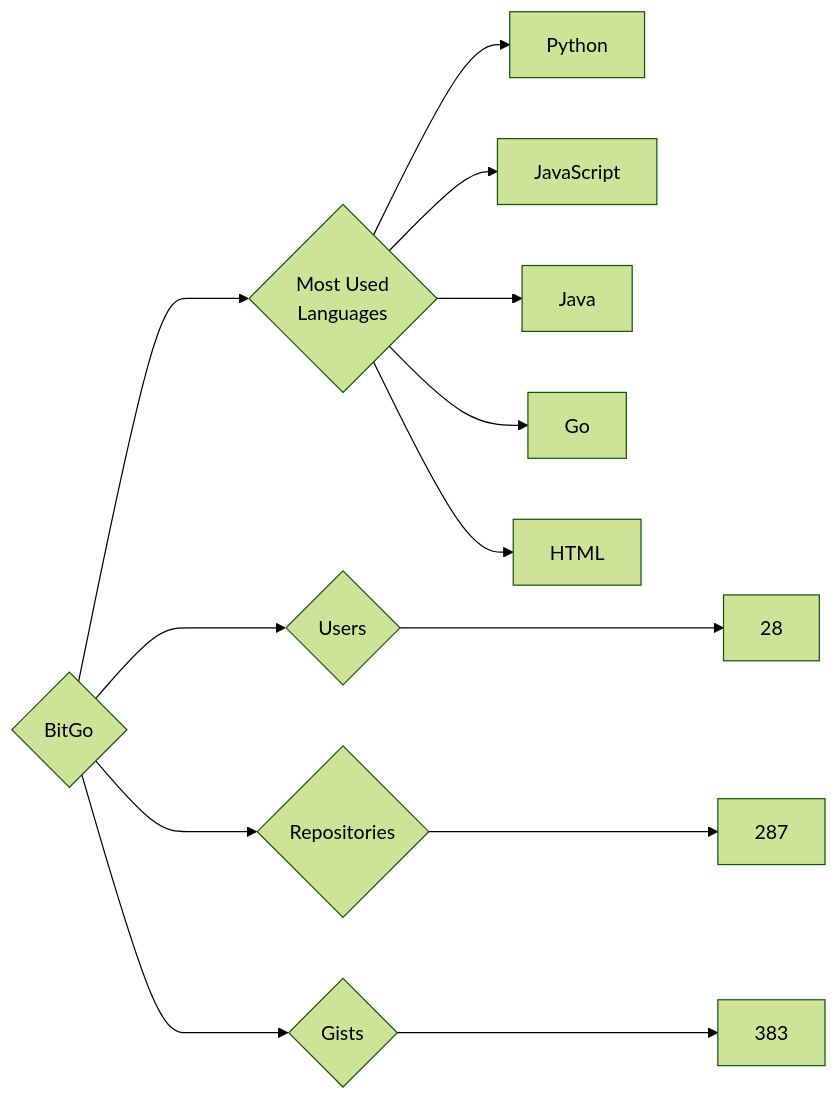
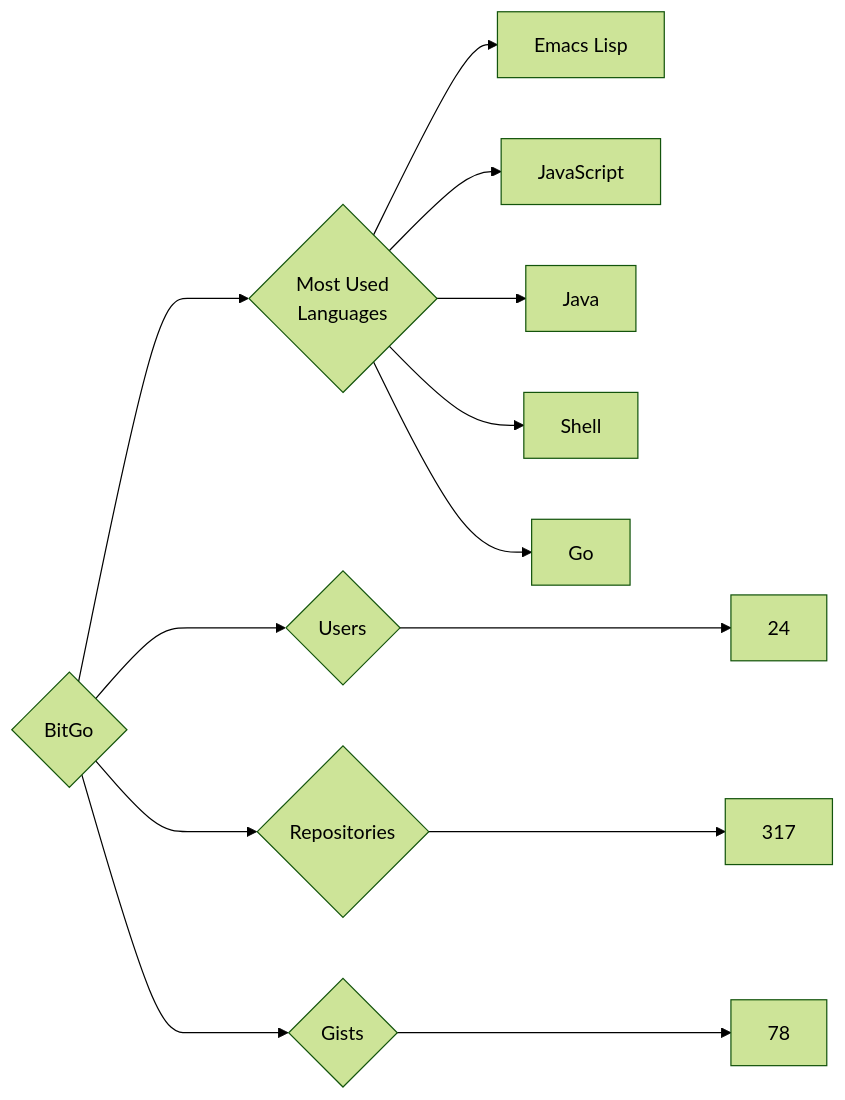
The diagram in targets/BitGo/README.md (trickest/insiders), drawn with Mermaid (forest theme) before and after one commit. The commit also changed 826 other files, not shown here.

````diff
--- a/targets/BitGo/README.md
+++ b/targets/BitGo/README.md
@@ -3,13 +3,13 @@
 ```mermaid
 graph LR
 COMPANY_NAME{BitGo}
-COMPANY_NAME ---> U{Users} ---> UN[28]
-COMPANY_NAME ---> R{Repositories} ---> RN[287]
-COMPANY_NAME ---> G{Gists} ---> GN[383]
+COMPANY_NAME ---> U{Users} ---> UN[24]
+COMPANY_NAME ---> R{Repositories} ---> RN[317]
+COMPANY_NAME ---> G{Gists} ---> GN[78]
 COMPANY_NAME ---> ML{Most Used<br>Languages}
-ML --> Python[Python]
+ML --> Emacs_Lisp[Emacs Lisp]
 ML --> JavaScript[JavaScript]
 ML --> Java[Java]
+ML --> Shell[Shell]
 ML --> Go[Go]
-ML --> HTML[HTML]
 ```
````
